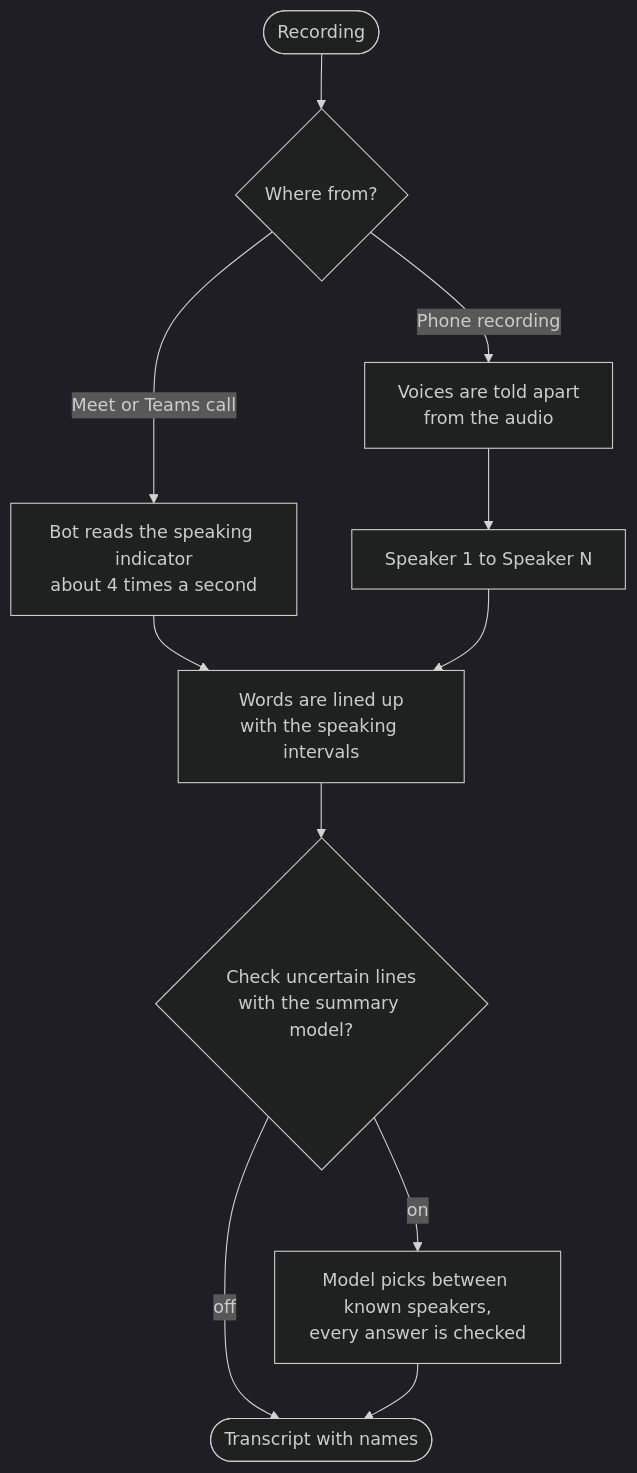
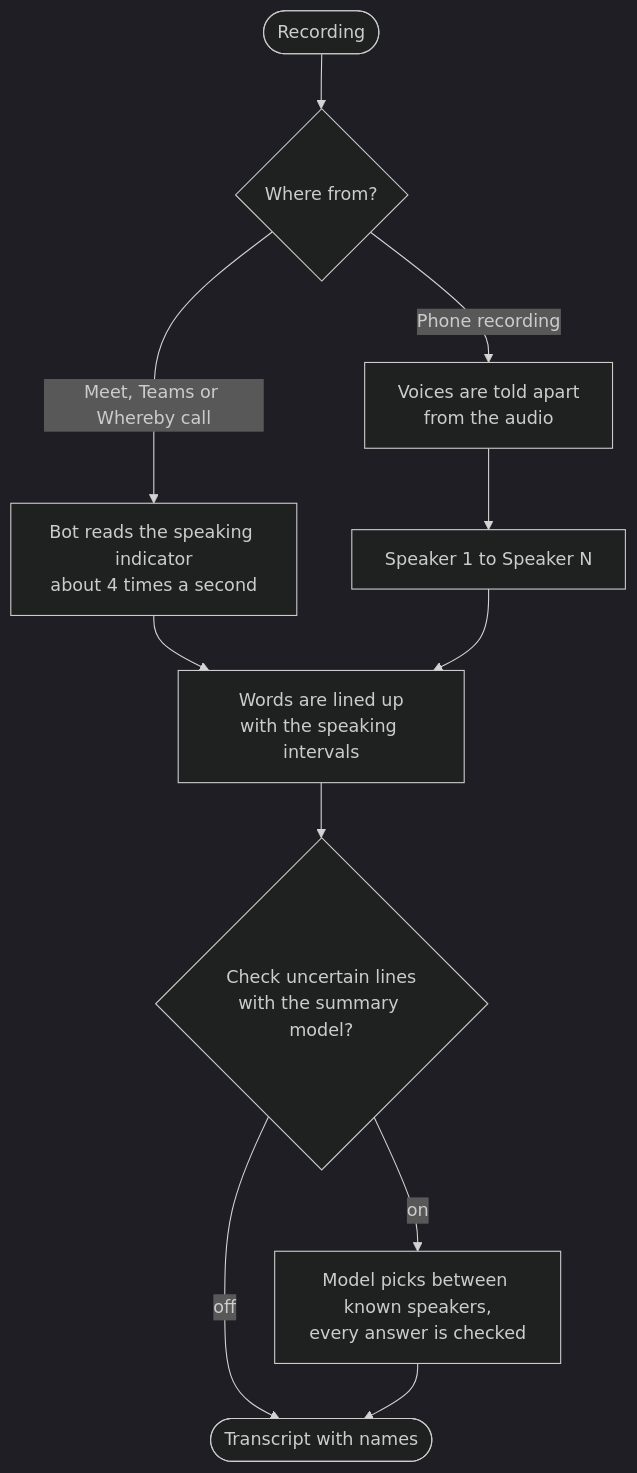
One commit to dennisklappe/openminutes changed the first of 2 diagrams in docs/speakers.md. Above: the diagram before and after it, drawn with Mermaid (dark theme). The commit also changed other lines of this file and 36 other files, not shown here.

````diff
--- a/docs/speakers.md
+++ b/docs/speakers.md
@@ -5,13 +5,13 @@
 ```mermaid
 flowchart TD
     A(["Recording"]) --> B{"Where from?"}
-    B -->|"Meet or Teams call"| C["Bot reads the speaking indicator<br/>about 4 times a second"]
+    B -->|"Meet, Teams or Whereby call"| C["Bot reads the speaking indicator<br/>about 4 times a second"]
     B -->|"Phone recording"| D["Voices are told apart<br/>from the audio"]
     D --> E["Speaker 1 to Speaker N"]
     C --> F["Words are lined up<br/>with the speaking intervals"]
     E --> F
     F --> G{"Check uncertain lines<br/>with the summary model?"}
     G -->|"on"| H["Model picks between known speakers,<br/>every answer is checked"]
     G -->|"off"| I(["Transcript with names"])
     H --> I
 ```
````
